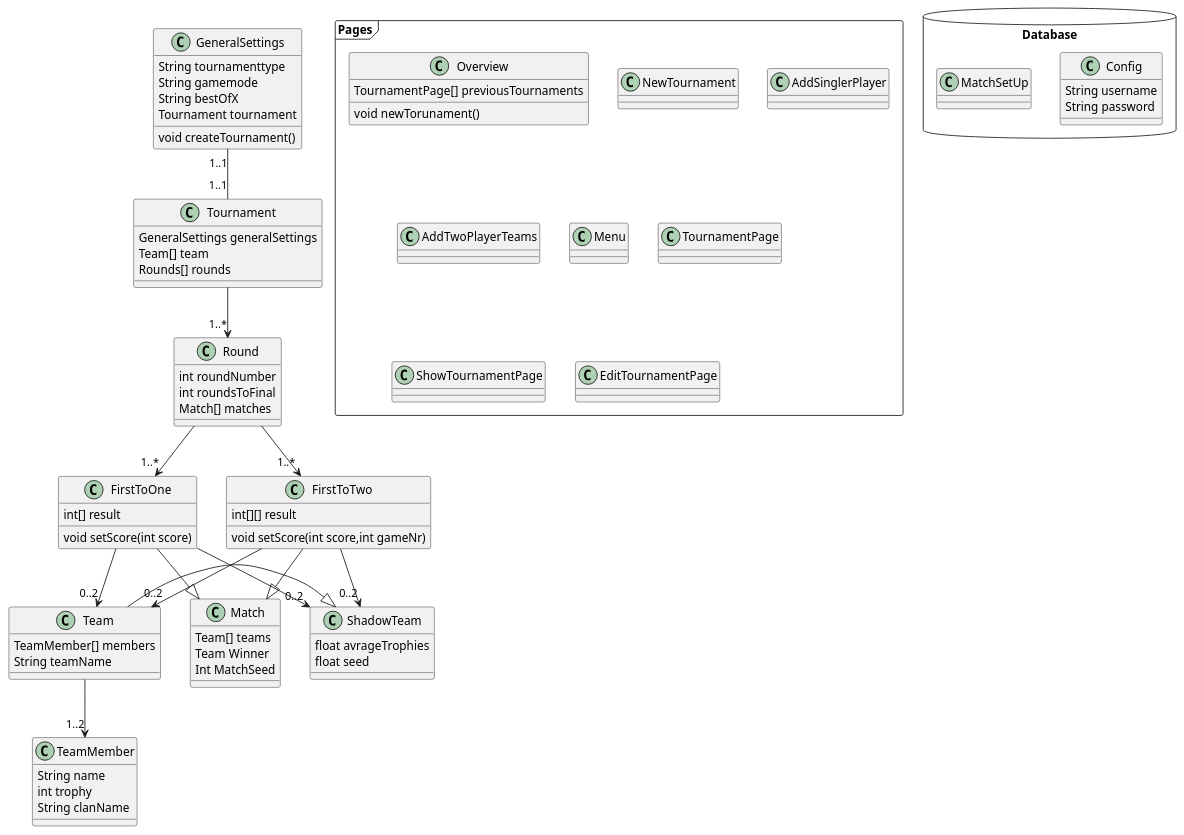
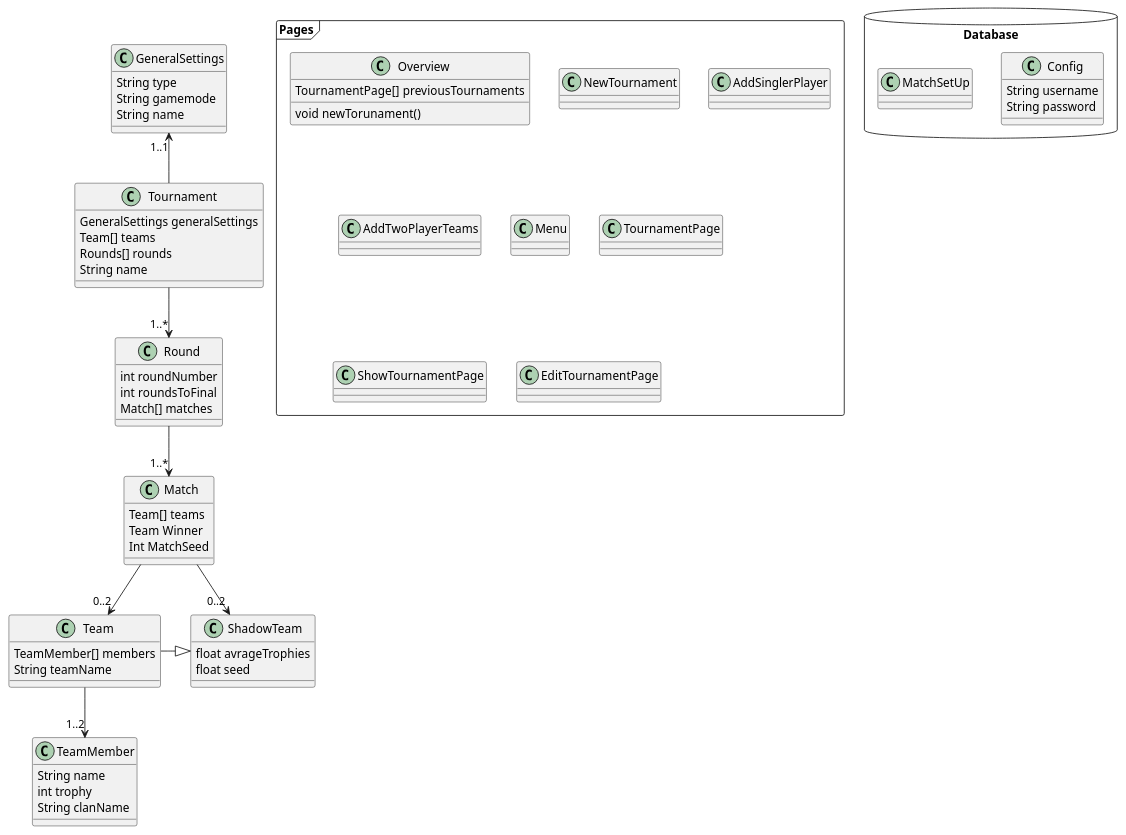
One commit to itzMesh/DCST1008-Prosjekt changed the diagram in ProjektUML/Classdiagram.wsd. Above: the diagram before and after it, drawn with PlantUML.

Commit message:
Changes in class diagram

```diff
--- a/ProjektUML/Classdiagram.wsd
+++ b/ProjektUML/Classdiagram.wsd
@@ -1,126 +1,109 @@
 @startuml MachineBorderThicknes
 
 'left to right direction
 
 package Database <<Database>>{
     class Config{
         String username  
         String password
     }
     class MatchSetUp{
         
     }
 }
 
 Package Pages <<frame>>{
     
 
     Class Overview{
         TournamentPage[] previousTournaments
         void newTorunament()
     }
 
     Class NewTournament{
 
     }
     Class AddSinglerPlayer{
 
     }
     Class AddTwoPlayerTeams{
 
     }
     Class Menu{
         
     }
     Class TournamentPage{
         
     }
     Class ShowTournamentPage{
         
     }
     Class EditTournamentPage{
         
     }
 }
 
 
 
 
 Class Tournament{
     GeneralSettings generalSettings
-    Team[] team
+    Team[] teams
     Rounds[] rounds
+    String name
+    
 }
 
 
 Class GeneralSettings{
-    String tournamenttype
+    String type
     String gamemode
-    String bestOfX
-    Tournament tournament
-    void createTournament()
+    String name
 }
 
 
 Class Team{
     TeamMember[] members
     String teamName
 
 }
 
 class TeamMember{
     String name
     int trophy
     String clanName
-}
-
-Class FirstToOne{
-    int[] result
-    void setScore(int score)
-}
-
-Class FirstToTwo{
-    int[][] result
-    void setScore(int score,int gameNr)
-
 }
 
 Class Match{
     Team[] teams
     Team Winner
     Int MatchSeed
 }
 
 Class Round{
     int roundNumber
     int roundsToFinal
     Match[] matches
 }
 
 Class ShadowTeam {
     float avrageTrophies
     float seed
 }
 
 
 
 
-GeneralSettings "1..1" -- "1..1" Tournament
+GeneralSettings "1..1" <-- Tournament
 Tournament--> "1..*" Round
-Round-->"1..*" FirstToOne
-Round-->"1..*" FirstToTwo
-FirstToOne-->"0..2"Team
-FirstToOne-->"0..2"ShadowTeam
-FirstToTwo-->"0..2"Team
-FirstToTwo-->"0..2"ShadowTeam
+Round-->"1..*" Match
+Match-->"0..2"Team
+Match-->"0..2"ShadowTeam
 Team-->"1..2"TeamMember
-
-FirstToOne --|>Match
-FirstToTwo --|>Match
 
 
 Team-r-|>ShadowTeam
 
 
 
 @enduml
```
